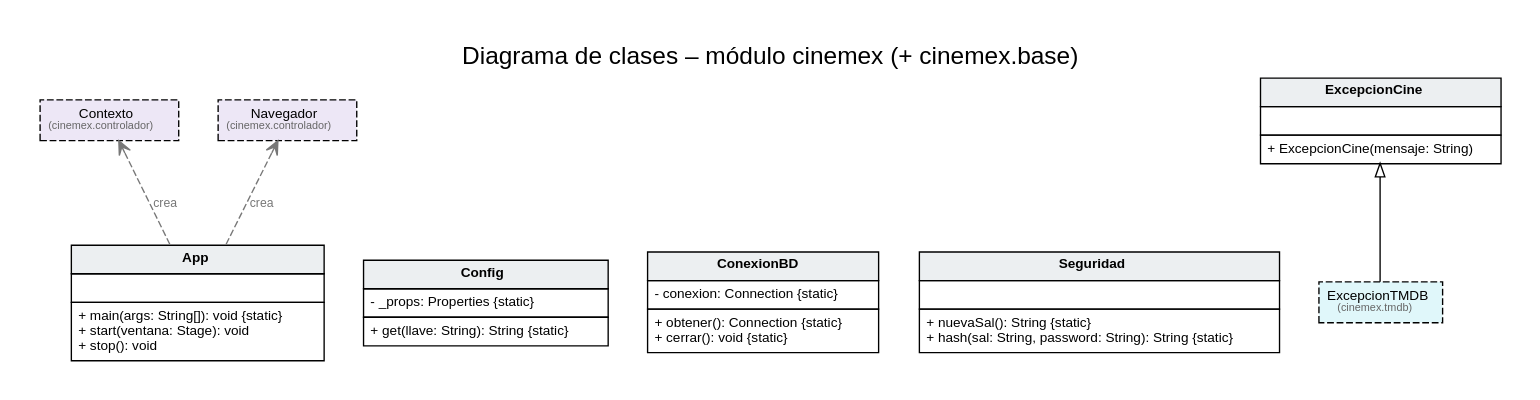
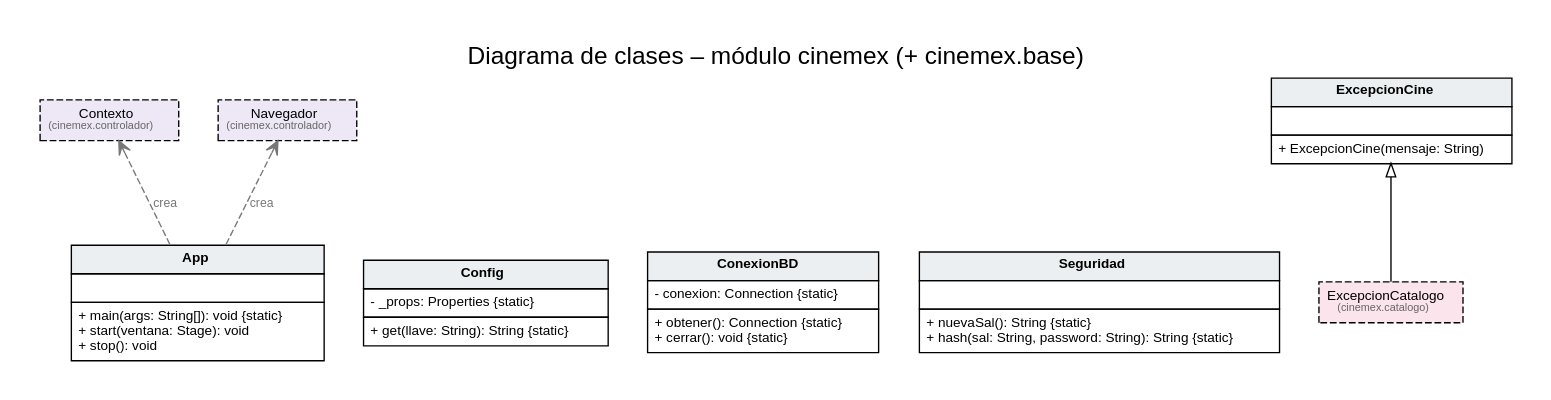
The diagram in docs/entrega2/diagramas/clases_base.dot (JuanPablo4213/proyectofinal-cine-poo-otono-26), drawn with Graphviz before and after one commit. The commit also changed 31 other files, not shown here.

```diff
--- a/docs/entrega2/diagramas/clases_base.dot
+++ b/docs/entrega2/diagramas/clases_base.dot
@@ -1,16 +1,16 @@
 digraph G {
 graph [rankdir=BT, nodesep=0.4, ranksep=0.7, fontname="Helvetica", label="Diagrama de clases – módulo cinemex (+ cinemex.base)", labelloc=t, fontsize=18, pad=0.3];
 node [shape=plain, fontname="Helvetica", fontsize=10];
 edge [fontname="Helvetica", fontsize=9];
 "App" [label=<<TABLE BORDER="0" CELLBORDER="1" CELLSPACING="0" CELLPADDING="4"><TR><TD BGCOLOR="#ECEFF1"><B>App</B></TD></TR><TR><TD ALIGN="LEFT" BALIGN="LEFT"> </TD></TR><TR><TD ALIGN="LEFT" BALIGN="LEFT">+ main(args: String[]): void {static}<BR ALIGN="LEFT"/>+ start(ventana: Stage): void<BR ALIGN="LEFT"/>+ stop(): void<BR ALIGN="LEFT"/></TD></TR></TABLE>>];
 "Config" [label=<<TABLE BORDER="0" CELLBORDER="1" CELLSPACING="0" CELLPADDING="4"><TR><TD BGCOLOR="#ECEFF1"><B>Config</B></TD></TR><TR><TD ALIGN="LEFT" BALIGN="LEFT">- _props: Properties {static}<BR ALIGN="LEFT"/></TD></TR><TR><TD ALIGN="LEFT" BALIGN="LEFT">+ get(llave: String): String {static}<BR ALIGN="LEFT"/></TD></TR></TABLE>>];
 "ConexionBD" [label=<<TABLE BORDER="0" CELLBORDER="1" CELLSPACING="0" CELLPADDING="4"><TR><TD BGCOLOR="#ECEFF1"><B>ConexionBD</B></TD></TR><TR><TD ALIGN="LEFT" BALIGN="LEFT">- conexion: Connection {static}<BR ALIGN="LEFT"/></TD></TR><TR><TD ALIGN="LEFT" BALIGN="LEFT">+ obtener(): Connection {static}<BR ALIGN="LEFT"/>+ cerrar(): void {static}<BR ALIGN="LEFT"/></TD></TR></TABLE>>];
 "Seguridad" [label=<<TABLE BORDER="0" CELLBORDER="1" CELLSPACING="0" CELLPADDING="4"><TR><TD BGCOLOR="#ECEFF1"><B>Seguridad</B></TD></TR><TR><TD ALIGN="LEFT" BALIGN="LEFT"> </TD></TR><TR><TD ALIGN="LEFT" BALIGN="LEFT">+ nuevaSal(): String {static}<BR ALIGN="LEFT"/>+ hash(sal: String, password: String): String {static}<BR ALIGN="LEFT"/></TD></TR></TABLE>>];
 "ExcepcionCine" [label=<<TABLE BORDER="0" CELLBORDER="1" CELLSPACING="0" CELLPADDING="4"><TR><TD BGCOLOR="#ECEFF1"><B>ExcepcionCine</B></TD></TR><TR><TD ALIGN="LEFT" BALIGN="LEFT"> </TD></TR><TR><TD ALIGN="LEFT" BALIGN="LEFT">+ ExcepcionCine(mensaje: String)<BR ALIGN="LEFT"/></TD></TR></TABLE>>];
-"ExcepcionTMDB" [label=<<TABLE BORDER="0" CELLBORDER="1" CELLSPACING="0" CELLPADDING="5"><TR><TD BGCOLOR="#E0F7FA" STYLE="dashed">ExcepcionTMDB<BR/><FONT POINT-SIZE="8" COLOR="#666666">(cinemex.tmdb)</FONT></TD></TR></TABLE>>];
+"ExcepcionCatalogo" [label=<<TABLE BORDER="0" CELLBORDER="1" CELLSPACING="0" CELLPADDING="5"><TR><TD BGCOLOR="#FCE4EC" STYLE="dashed">ExcepcionCatalogo<BR/><FONT POINT-SIZE="8" COLOR="#666666">(cinemex.catalogo)</FONT></TD></TR></TABLE>>];
 "Contexto" [label=<<TABLE BORDER="0" CELLBORDER="1" CELLSPACING="0" CELLPADDING="5"><TR><TD BGCOLOR="#EDE7F6" STYLE="dashed">Contexto<BR/><FONT POINT-SIZE="8" COLOR="#666666">(cinemex.controlador)</FONT></TD></TR></TABLE>>];
 "Navegador" [label=<<TABLE BORDER="0" CELLBORDER="1" CELLSPACING="0" CELLPADDING="5"><TR><TD BGCOLOR="#EDE7F6" STYLE="dashed">Navegador<BR/><FONT POINT-SIZE="8" COLOR="#666666">(cinemex.controlador)</FONT></TD></TR></TABLE>>];
-"ExcepcionTMDB" -> "ExcepcionCine" [arrowhead=empty, style=solid];
+"ExcepcionCatalogo" -> "ExcepcionCine" [arrowhead=empty, style=solid];
 "App" -> "Contexto" [arrowhead=vee, style=dashed, color="#777777", fontcolor="#777777", label="crea"];
 "App" -> "Navegador" [arrowhead=vee, style=dashed, color="#777777", fontcolor="#777777", label="crea"];
 }
```
